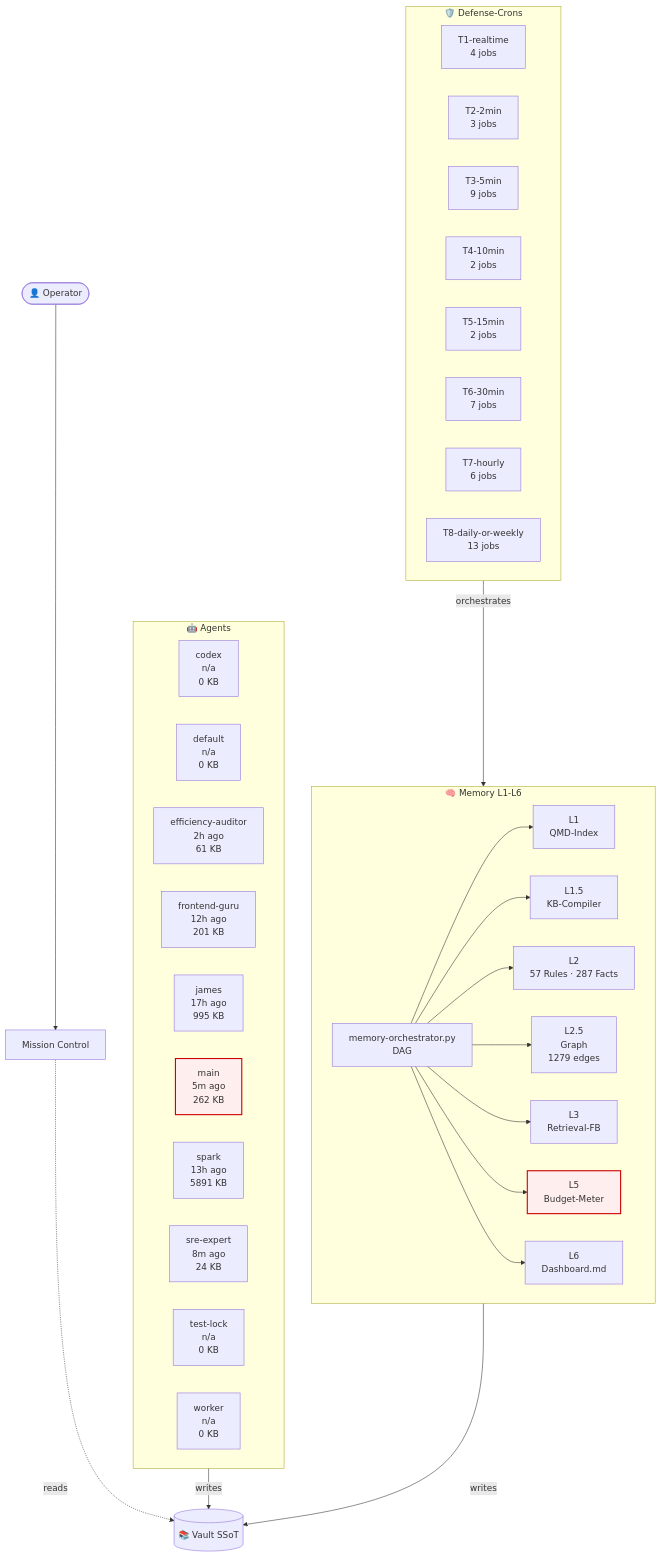
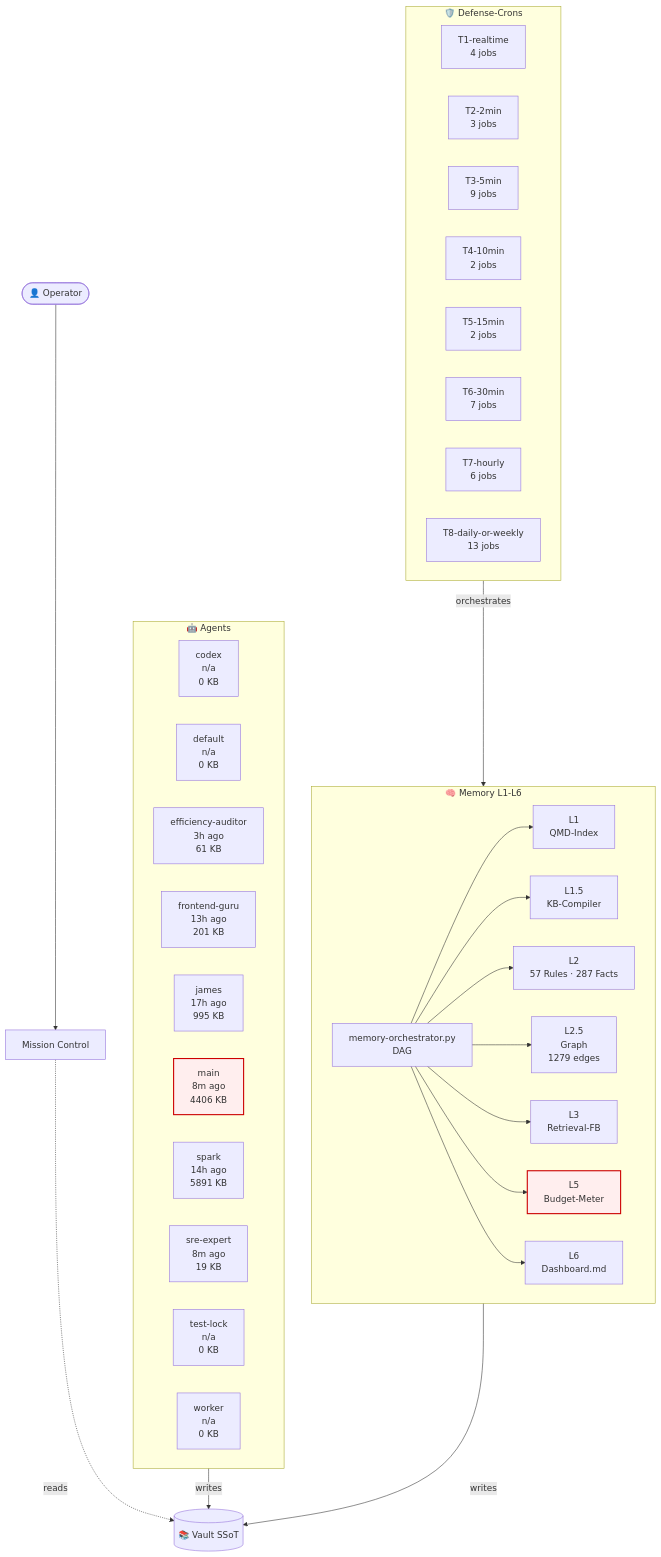
Before and after one commit to lenardhuebner88-rgb/openclaw-memory: the diagram in 03-Agents/architecture-live.md, drawn with Mermaid. The commit also changed other lines of this file and 13 other files, not shown here.

````diff
--- a/03-Agents/architecture-live.md
+++ b/03-Agents/architecture-live.md
@@ -18,53 +18,53 @@
 ```mermaid
 flowchart TB
     classDef critical fill:#fee,stroke:#c00,stroke-width:2px;
     subgraph AGT["🤖 Agents"]
         agent_codex["codex<br/>n/a<br/>0 KB"]
         agent_default["default<br/>n/a<br/>0 KB"]
-        agent_efficiency_auditor["efficiency-auditor<br/>2h ago<br/>61 KB"]
-        agent_frontend_guru["frontend-guru<br/>12h ago<br/>201 KB"]
+        agent_efficiency_auditor["efficiency-auditor<br/>3h ago<br/>61 KB"]
+        agent_frontend_guru["frontend-guru<br/>13h ago<br/>201 KB"]
         agent_james["james<br/>17h ago<br/>995 KB"]
-        agent_main["main<br/>5m ago<br/>262 KB"]
-        agent_spark["spark<br/>13h ago<br/>5891 KB"]
-        agent_sre_expert["sre-expert<br/>8m ago<br/>24 KB"]
+        agent_main["main<br/>8m ago<br/>4406 KB"]
+        agent_spark["spark<br/>14h ago<br/>5891 KB"]
+        agent_sre_expert["sre-expert<br/>8m ago<br/>19 KB"]
         agent_test_lock["test-lock<br/>n/a<br/>0 KB"]
         agent_worker["worker<br/>n/a<br/>0 KB"]
     end
     subgraph MEM["🧠 Memory L1-L6"]
         L1["L1<br/>QMD-Index"]
         L15["L1.5<br/>KB-Compiler"]
         L2["L2<br/>57 Rules · 287 Facts"]
         L25["L2.5<br/>Graph<br/>1279 edges"]
         L3["L3<br/>Retrieval-FB"]
         L5["L5<br/>Budget-Meter"]
         L6["L6<br/>Dashboard.md"]
         ORCH["memory-orchestrator.py<br/>DAG"]
     end
     subgraph CRN["🛡️ Defense-Crons"]
         tier_T1_realtime["T1-realtime<br/>4 jobs"]
         tier_T2_2min["T2-2min<br/>3 jobs"]
         tier_T3_5min["T3-5min<br/>9 jobs"]
         tier_T4_10min["T4-10min<br/>2 jobs"]
         tier_T5_15min["T5-15min<br/>2 jobs"]
         tier_T6_30min["T6-30min<br/>7 jobs"]
         tier_T7_hourly["T7-hourly<br/>6 jobs"]
         tier_T8_daily_or_weekly["T8-daily-or-weekly<br/>13 jobs"]
     end
     VAULT[("📚 Vault SSoT")]
     OP([👤 Operator])
     MC["Mission Control"]
     OP --> MC
     MC -.reads.-> VAULT
     AGT -->|writes| VAULT
     MEM -->|writes| VAULT
     ORCH --> L1
     ORCH --> L15
     ORCH --> L2
     ORCH --> L25
     ORCH --> L3
     ORCH --> L5
     ORCH --> L6
     CRN -->|orchestrates| MEM
     class L5 critical
     class agent_main critical
 ```
````
